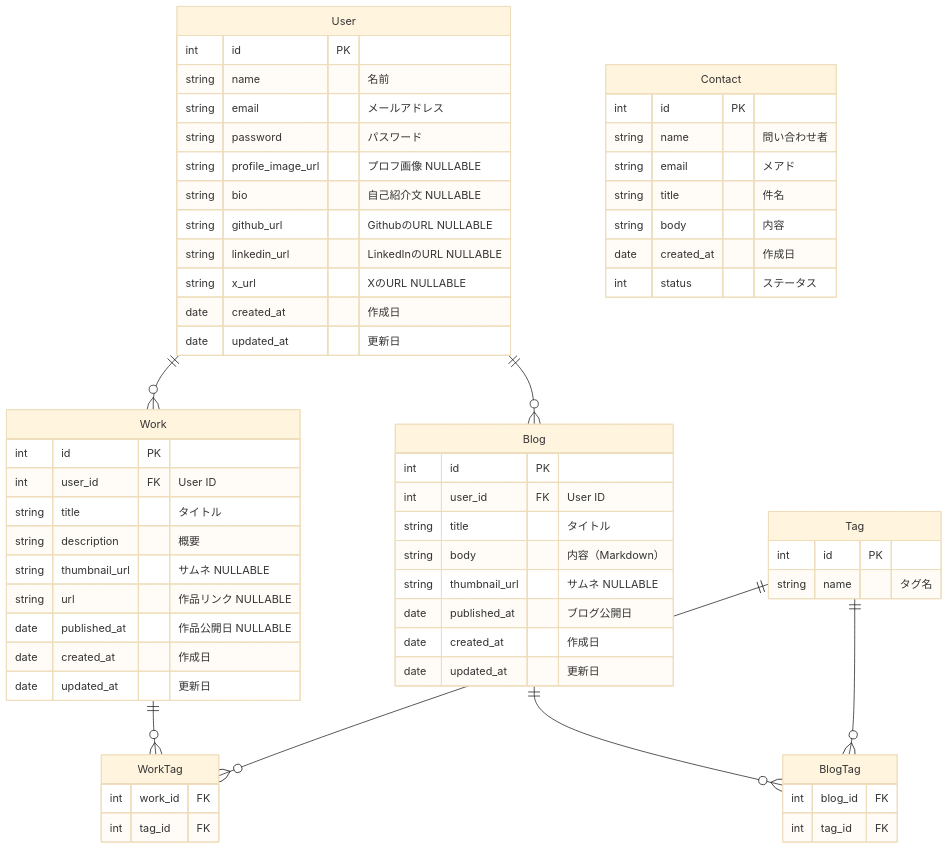
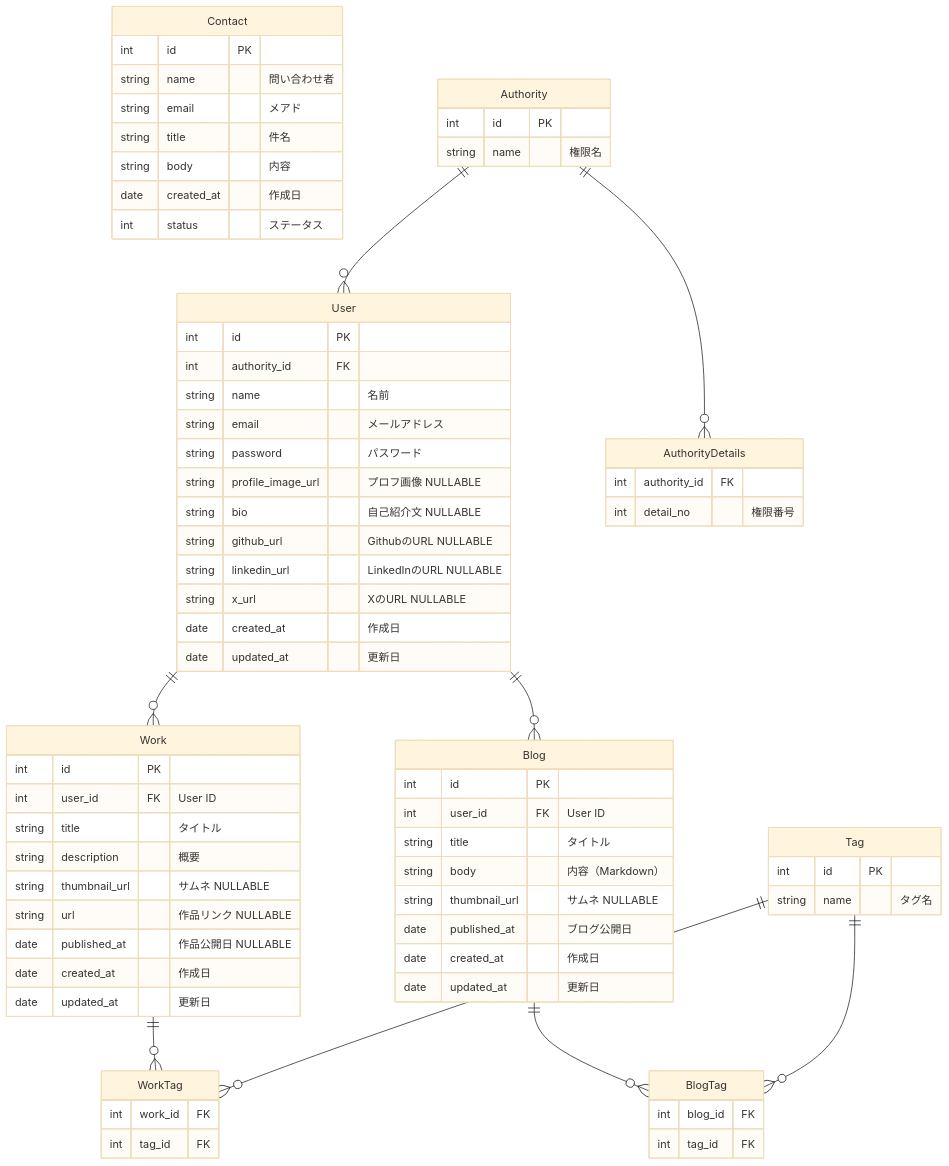
One commit to HarukiSugimoto/portfolio-laravel-react changed the diagram in README.md. Above: the diagram before and after it, drawn with Mermaid (base theme).

Commit message:
update: readme

````diff
--- a/README.md
+++ b/README.md
@@ -3,6 +3,7 @@
 erDiagram
     User {
         int id PK
+        int authority_id FK
         string name  "名前"
         string email "メールアドレス"
         string password "パスワード"
@@ -63,10 +64,22 @@
         int status "ステータス"
     }
 
+    Authority {
+        int id PK
+        string name "権限名"
+    }
+
+    AuthorityDetails {
+        int authority_id FK
+        int detail_no "権限番号"
+    }
+
     User ||--o{ Work: ""
     User ||--o{ Blog : ""
     Work ||--o{ WorkTag : ""
     Blog ||--o{ BlogTag : ""
     Tag ||--o{ BlogTag : ""
     Tag ||--o{ WorkTag : ""
+    Authority ||--o{ AuthorityDetails : ""
+    Authority ||--o{ User : ""
 ```
````
